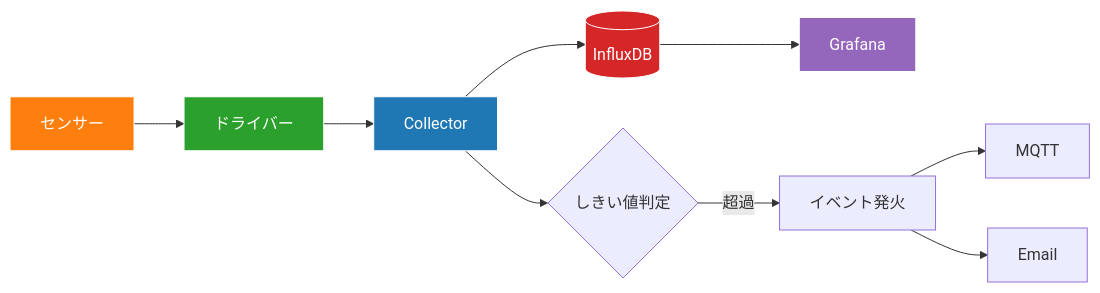
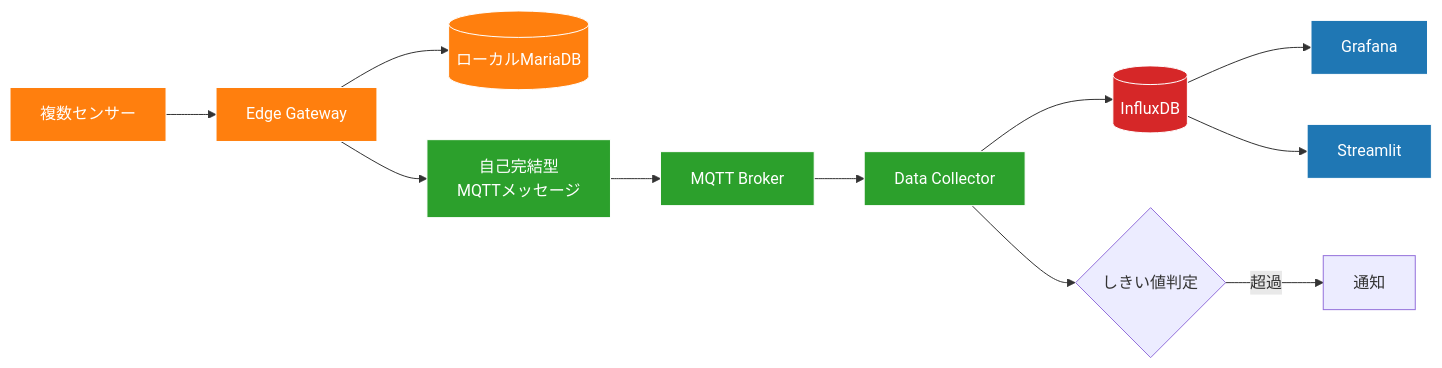
The third of 3 diagrams in docs/architecture/sensor-collection-architecture.md (w-pinkietech/iot4-copy), drawn with Mermaid before and after one commit. The commit also changed other lines of this file, not shown here.

First line of the commit message:
docs: Update to edge gateway architecture with self-contained MQTT messages

````diff
--- a/docs/architecture/sensor-collection-architecture.md
+++ b/docs/architecture/sensor-collection-architecture.md
@@ -385,18 +451,25 @@
 ```mermaid
 flowchart LR
-    Sensor[センサー] --> Driver[ドライバー]
-    Driver --> Collector[Collector]
+    Sensors[複数センサー] --> Gateway[Edge Gateway]
+    Gateway --> LocalDB[(ローカルMariaDB)]
+    Gateway --> Message[自己完結型<br/>MQTTメッセージ]
+    
+    Message --> MQTT[MQTT Broker]
+    MQTT --> Collector[Data Collector]
     Collector --> InfluxDB[(InfluxDB)]
+    Collector --> Alert{しきい値判定}
+    Alert -->|超過| Notify[通知]
+    
     InfluxDB --> Grafana[Grafana]
+    InfluxDB --> Streamlit[Streamlit]
     
-    Collector --> Threshold{しきい値判定}
-    Threshold -->|超過| Event[イベント発火]
-    Event --> MQTT[MQTT]
-    Event --> Email[Email]
-    
-    style Sensor fill:#ff7f0e,stroke:#fff,color:#fff
-    style Driver fill:#2ca02c,stroke:#fff,color:#fff
-    style Collector fill:#1f77b4,stroke:#fff,color:#fff
+    style Sensors fill:#ff7f0e,stroke:#fff,color:#fff
+    style Gateway fill:#ff7f0e,stroke:#fff,color:#fff
+    style LocalDB fill:#ff7f0e,stroke:#fff,color:#fff
+    style Message fill:#2ca02c,stroke:#fff,color:#fff
+    style MQTT fill:#2ca02c,stroke:#fff,color:#fff
+    style Collector fill:#2ca02c,stroke:#fff,color:#fff
     style InfluxDB fill:#d62728,stroke:#fff,color:#fff
-    style Grafana fill:#9467bd,stroke:#fff,color:#fff
+    style Grafana fill:#1f77b4,stroke:#fff,color:#fff
+    style Streamlit fill:#1f77b4,stroke:#fff,color:#fff
 ```
````
